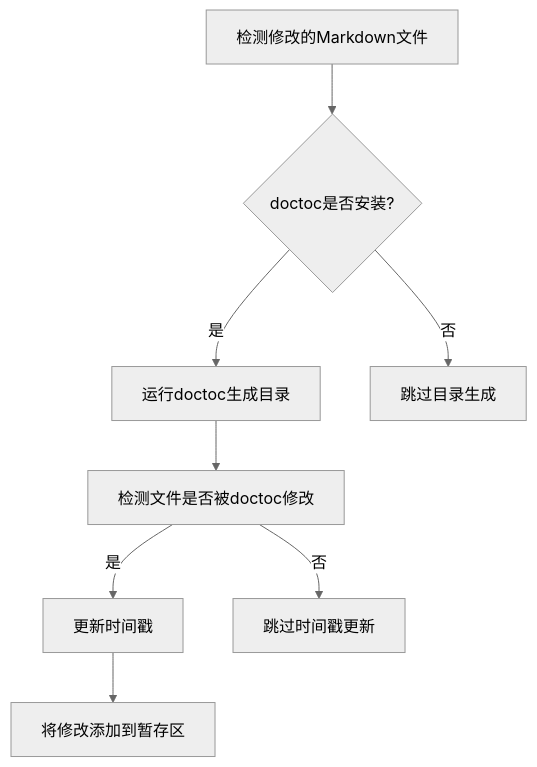
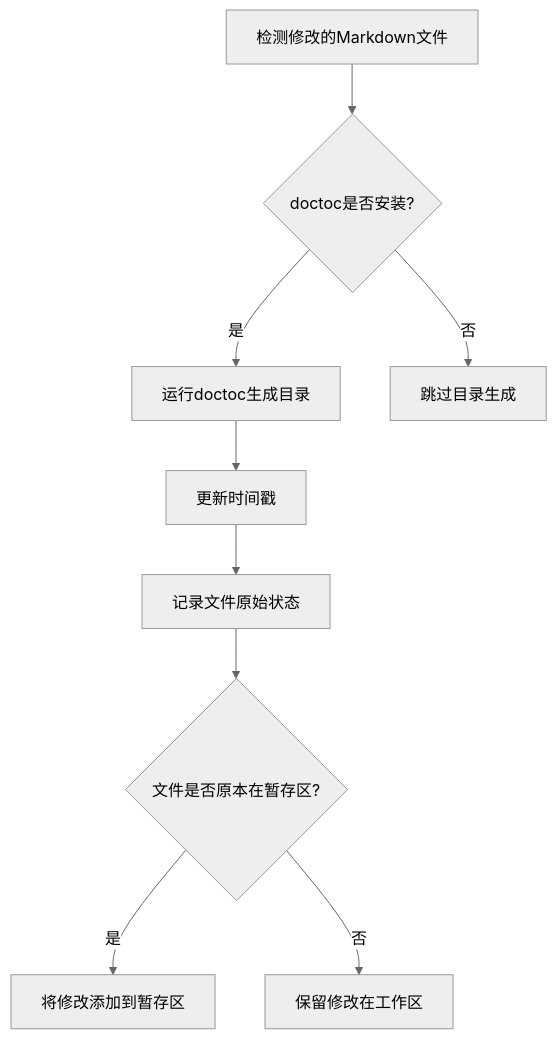
One commit to RendaZhang/rendazhang changed the first of 2 diagrams in docs/guides/PRE_COMMIT_GUIDE.md. Above: the diagram before and after it, drawn with Mermaid (neutral theme). The commit also changed other lines of this file, not shown here.

````diff
--- a/docs/guides/PRE_COMMIT_GUIDE.md
+++ b/docs/guides/PRE_COMMIT_GUIDE.md
@@ -112,10 +116,11 @@
 ```mermaid
 graph TD
     A[检测修改的Markdown文件] --> B{doctoc是否安装?}
     B -->|是| C[运行doctoc生成目录]
     B -->|否| D[跳过目录生成]
-    C --> E[检测文件是否被doctoc修改]
-    E -->|是| F[更新时间戳]
-    E -->|否| G[跳过时间戳更新]
-    F --> H[将修改添加到暂存区]
+    C --> E[更新时间戳]
+    E --> F[记录文件原始状态]
+    F --> G{文件是否原本在暂存区?}
+    G -->|是| H[将修改添加到暂存区]
+    G -->|否| I[保留修改在工作区]
 ```
````
